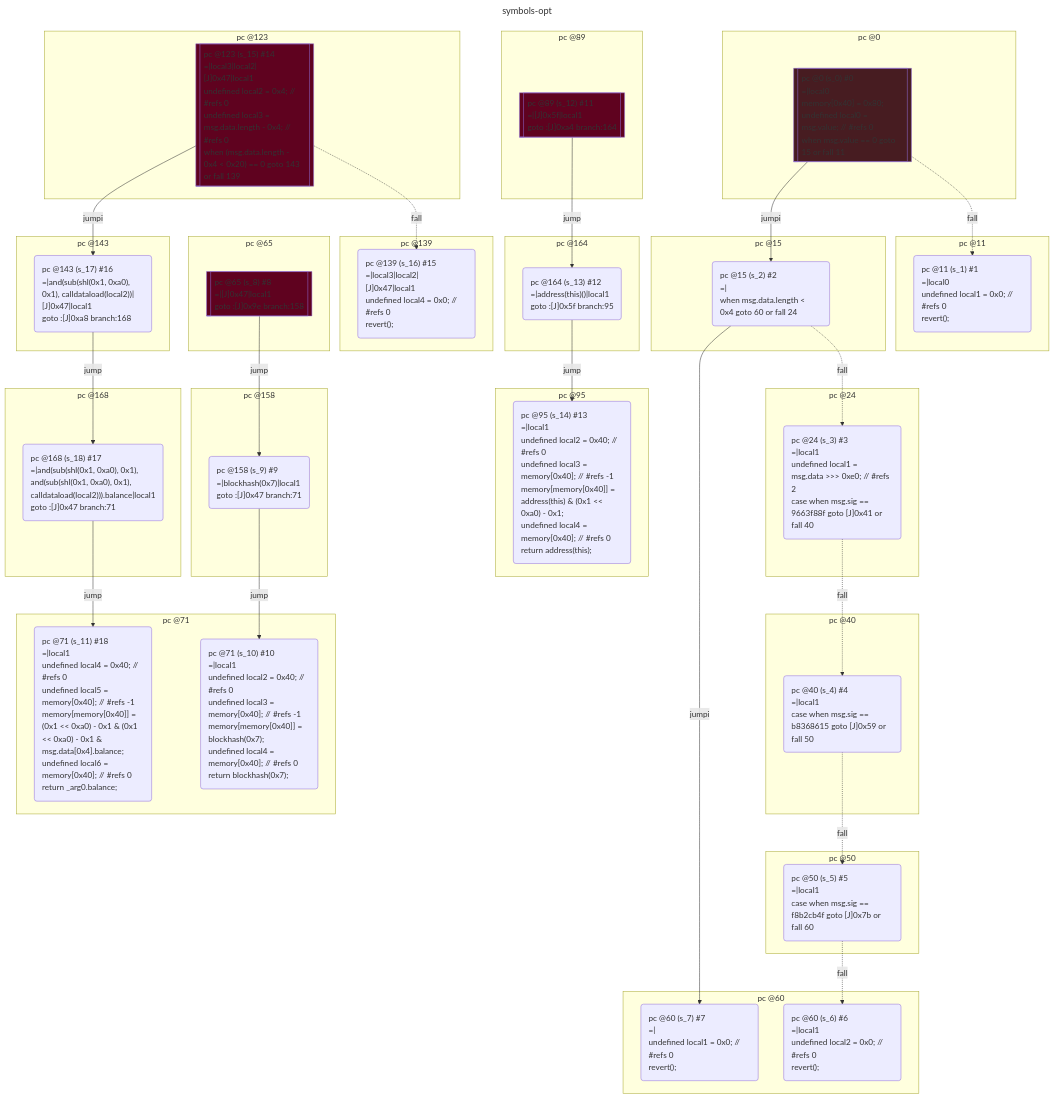
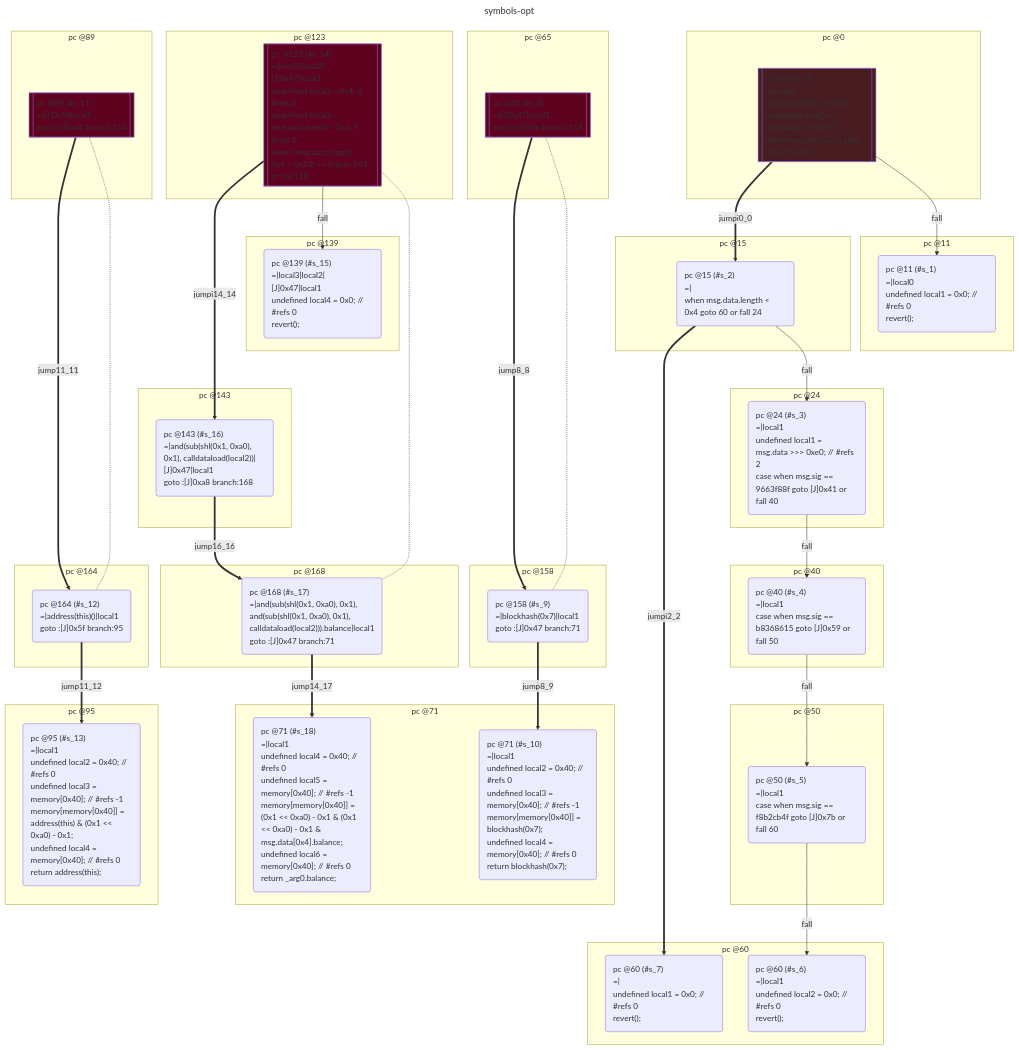
The second of 2 diagrams in test/__snapshots__/contracts/dispatch/symbols.snap.md (acuarica/evm), drawn with Mermaid before and after one commit. The commit also changed other lines of this file and 25 other files, not shown here.

````diff
--- a/test/__snapshots__/contracts/dispatch/symbols.snap.md
+++ b/test/__snapshots__/contracts/dispatch/symbols.snap.md
@@ -400,7 +403,7 @@
 flowchart TD
   classDef state text-align:left
   subgraph cluster_0 ["pc @0"]
-    s_0[["pc @0 (s_0) #0
+    s_0[["pc @0 (#s_0)
 =|local0
 memory[0x40] = 0x80;
 undefined local0 = msg.value; // #refs 0
@@ -410,7 +413,7 @@
     style s_0 fill:#471C21
   end
   subgraph cluster_11 ["pc @11"]
-    s_1("pc @11 (s_1) #1
+    s_1("pc @11 (#s_1)
 =|local0
 undefined local1 = 0x0; // #refs 0
 revert();
@@ -418,14 +421,14 @@
     class s_1 state
   end
   subgraph cluster_15 ["pc @15"]
-    s_2("pc @15 (s_2) #2
+    s_2("pc @15 (#s_2)
 =|
 when msg.data.length < 0x4 goto 60 or fall 24
 ")
     class s_2 state
   end
   subgraph cluster_24 ["pc @24"]
-    s_3("pc @24 (s_3) #3
+    s_3("pc @24 (#s_3)
 =|local1
 undefined local1 = msg.data >>> 0xe0; // #refs 2
 case when msg.sig == 9663f88f goto [J]0x41 or fall 40
@@ -433,27 +436,27 @@
     class s_3 state
   end
   subgraph cluster_40 ["pc @40"]
-    s_4("pc @40 (s_4) #4
+    s_4("pc @40 (#s_4)
 =|local1
 case when msg.sig == b8368615 goto [J]0x59 or fall 50
 ")
     class s_4 state
   end
   subgraph cluster_50 ["pc @50"]
-    s_5("pc @50 (s_5) #5
+    s_5("pc @50 (#s_5)
 =|local1
 case when msg.sig == f8b2cb4f goto [J]0x7b or fall 60
 ")
     class s_5 state
   end
   subgraph cluster_60 ["pc @60"]
-    s_6("pc @60 (s_6) #6
+    s_6("pc @60 (#s_6)
 =|local1
 undefined local2 = 0x0; // #refs 0
 revert();
 ")
     class s_6 state
-    s_7("pc @60 (s_7) #7
+    s_7("pc @60 (#s_7)
 =|
 undefined local1 = 0x0; // #refs 0
 revert();
@@ -461,7 +464,7 @@
     class s_7 state
   end
   subgraph cluster_65 ["pc @65"]
-    s_8[["pc @65 (s_8) #8
+    s_8[["pc @65 (#s_8)
 =|[J]0x47|local1
 goto :[J]0x9e branch:158
 "]]
@@ -469,14 +472,14 @@
     style s_8 fill:#5F021F
   end
   subgraph cluster_158 ["pc @158"]
-    s_9("pc @158 (s_9) #9
+    s_9("pc @158 (#s_9)
 =|blockhash(0x7)|local1
 goto :[J]0x47 branch:71
 ")
     class s_9 state
   end
   subgraph cluster_71 ["pc @71"]
-    s_10("pc @71 (s_10) #10
+    s_10("pc @71 (#s_10)
 =|local1
 undefined local2 = 0x40; // #refs 0
 undefined local3 = memory[0x40]; // #refs -1
@@ -485,7 +488,7 @@
 return blockhash(0x7);
 ")
     class s_10 state
-    s_11("pc @71 (s_11) #18
+    s_18("pc @71 (#s_18)
 =|local1
 undefined local4 = 0x40; // #refs 0
 undefined local5 = memory[0x40]; // #refs -1
@@ -493,25 +496,25 @@
 undefined local6 = memory[0x40]; // #refs 0
 return _arg0.balance;
 ")
-    class s_11 state
+    class s_18 state
   end
   subgraph cluster_89 ["pc @89"]
-    s_12[["pc @89 (s_12) #11
+    s_11[["pc @89 (#s_11)
 =|[J]0x5f|local1
 goto :[J]0xa4 branch:164
 "]]
-    class s_12 state
-    style s_12 fill:#5F021F
+    class s_11 state
+    style s_11 fill:#5F021F
   end
   subgraph cluster_164 ["pc @164"]
-    s_13("pc @164 (s_13) #12
+    s_12("pc @164 (#s_12)
 =|address(this)()|local1
 goto :[J]0x5f branch:95
 ")
-    class s_13 state
+    class s_12 state
   end
   subgraph cluster_95 ["pc @95"]
-    s_14("pc @95 (s_14) #13
+    s_13("pc @95 (#s_13)
 =|local1
 undefined local2 = 0x40; // #refs 0
 undefined local3 = memory[0x40]; // #refs -1
@@ -519,54 +522,57 @@
 undefined local4 = memory[0x40]; // #refs 0
 return address(this);
 ")
-    class s_14 state
+    class s_13 state
   end
   subgraph cluster_123 ["pc @123"]
-    s_15[["pc @123 (s_15) #14
+    s_14[["pc @123 (#s_14)
 =|local3|local2|[J]0x47|local1
 undefined local2 = 0x4; // #refs 0
 undefined local3 = msg.data.length - 0x4; // #refs 0
 when (msg.data.length - 0x4 < 0x20) == 0 goto 143 or fall 139
 "]]
-    class s_15 state
-    style s_15 fill:#5F021F
+    class s_14 state
+    style s_14 fill:#5F021F
   end
   subgraph cluster_139 ["pc @139"]
-    s_16("pc @139 (s_16) #15
+    s_15("pc @139 (#s_15)
 =|local3|local2|[J]0x47|local1
 undefined local4 = 0x0; // #refs 0
 revert();
 ")
-    class s_16 state
+    class s_15 state
   end
   subgraph cluster_143 ["pc @143"]
-    s_17("pc @143 (s_17) #16
+    s_16("pc @143 (#s_16)
 =|and(sub(shl(0x1, 0xa0), 0x1), calldataload(local2))|[J]0x47|local1
 goto :[J]0xa8 branch:168
 ")
-    class s_17 state
+    class s_16 state
   end
   subgraph cluster_168 ["pc @168"]
-    s_18("pc @168 (s_18) #17
+    s_17("pc @168 (#s_17)
 =|and(sub(shl(0x1, 0xa0), 0x1), and(sub(shl(0x1, 0xa0), 0x1), calldataload(local2))).balance|local1
 goto :[J]0x47 branch:71
 ")
-    class s_18 state
+    class s_17 state
   end
-  s_0 -- jumpi --> s_2;
-  s_0 -. fall .-> s_1;
-  s_2 -- jumpi --> s_7;
-  s_2 -. fall .-> s_3;
-  s_3 -. fall .-> s_4;
-  s_4 -. fall .-> s_5;
-  s_5 -. fall .-> s_6;
-  s_8 -- jump --> s_9;
-  s_9 -- jump --> s_10;
-  s_12 -- jump --> s_13;
-  s_13 -- jump --> s_14;
-  s_15 -- jumpi --> s_17;
-  s_15 -. fall .-> s_16;
-  s_17 -- jump --> s_18;
-  s_18 -- jump --> s_11;
+  s_0 == jumpi0_0 ==> s_2;
+  s_0 -- fall --> s_1;
+  s_2 == jumpi2_2 ==> s_7;
+  s_2 -- fall --> s_3;
+  s_3 -- fall --> s_4;
+  s_4 -- fall --> s_5;
+  s_5 -- fall --> s_6;
+  s_8 == jump8_8 ==> s_9;
+  s_9 == jump8_9 ==> s_10;
+  s_8 -...- s_9;
+  s_11 == jump11_11 ==> s_12;
+  s_12 == jump11_12 ==> s_13;
+  s_11 -...- s_12;
+  s_14 == jumpi14_14 ==> s_16;
+  s_14 -- fall --> s_15;
+  s_16 == jump16_16 ==> s_17;
+  s_17 == jump14_17 ==> s_18;
+  s_14 -...- s_17;
 
 ```
````
